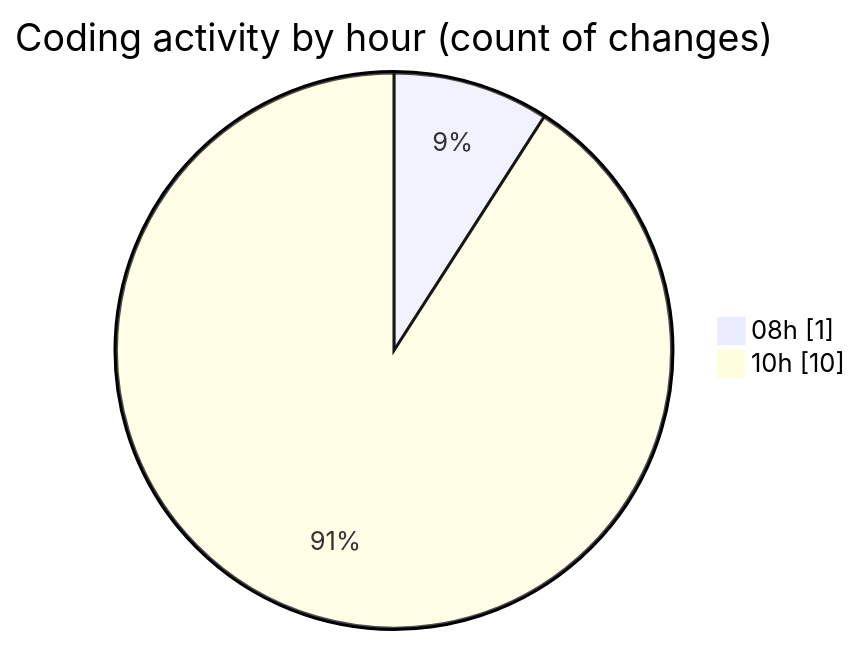
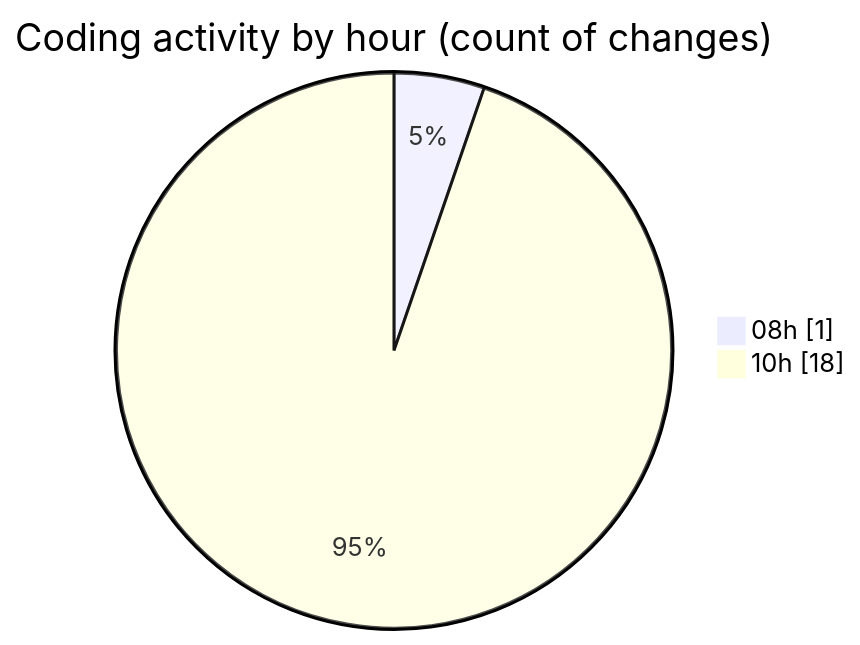
Before and after one commit to momahboobian/code-tracking: the second of 2 diagrams in 2026-04-24/ise-web-ofcom/README.md, drawn with Mermaid. The commit also changed other lines of this file and 1 other file, not shown here.

````diff
--- a/2026-04-24/ise-web-ofcom/README.md
+++ b/2026-04-24/ise-web-ofcom/README.md
@@ -38,6 +38,6 @@
 ```mermaid
 pie showData
 title Coding activity by hour (count of changes)
 "08h" : 1
-"10h" : 10
+"10h" : 18
 ```
````
